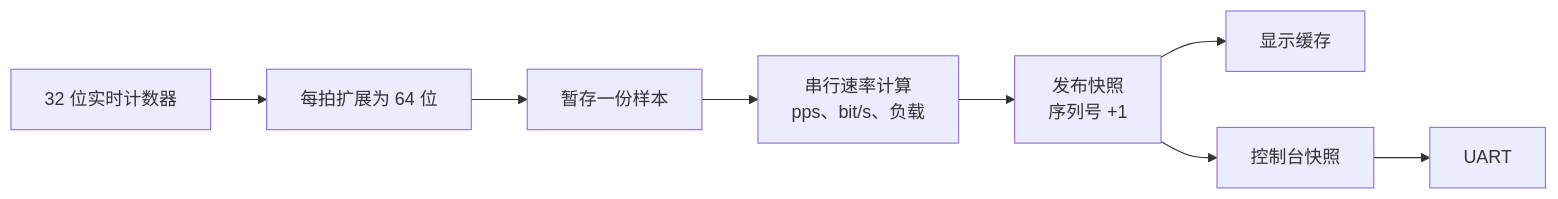
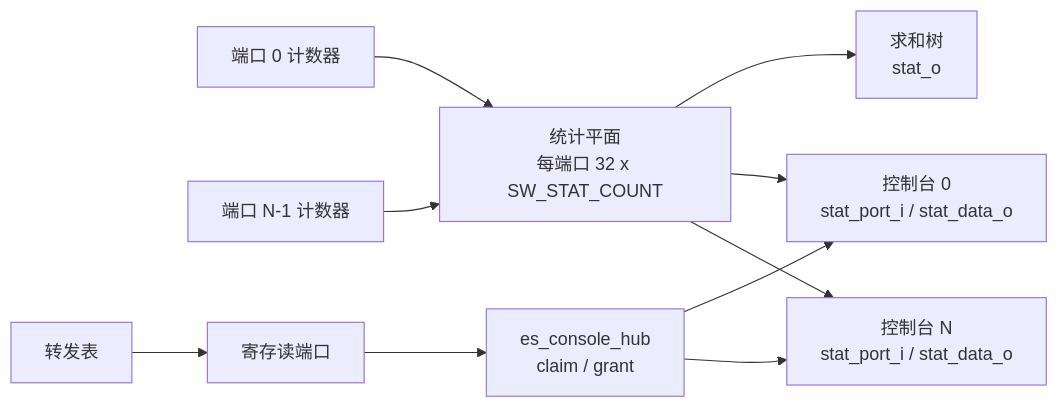
Before and after one commit to cw1997/ethernet-switch: diagram 12 of 15 in README.zh-Hans.md, drawn with Mermaid. The commit also changed other lines of this file and 84 other files, not shown here.

````diff
--- a/README.zh-Hans.md
+++ b/README.zh-Hans.md
@@ -1109,10 +1111,12 @@
 ```mermaid
 flowchart LR
-    C["32 位实时计数器"] --> E["每拍扩展为 64 位"]
-    E --> S["暂存一份样本"]
-    S --> R["串行速率计算<br/>pps、bit/s、负载"]
-    R --> P["发布快照<br/>序列号 +1"]
-    P --> D["显示缓存"]
-    P --> K["控制台快照"]
-    K --> U["UART"]
+    P0["端口 0 计数器"] --> A["统计平面<br/>每端口 32 x SW_STAT_COUNT"]
+    P1["端口 N-1 计数器"] --> A
+    A --> S["求和树<br/>stat_o"]
+    A --> R0["控制台 0<br/>stat_port_i / stat_data_o"]
+    A --> R1["控制台 N<br/>stat_port_i / stat_data_o"]
+    T["转发表"] --> C["寄存读端口"]
+    C --> H["es_console_hub<br/>claim / grant"]
+    H --> R0
+    H --> R1
 ```
````
